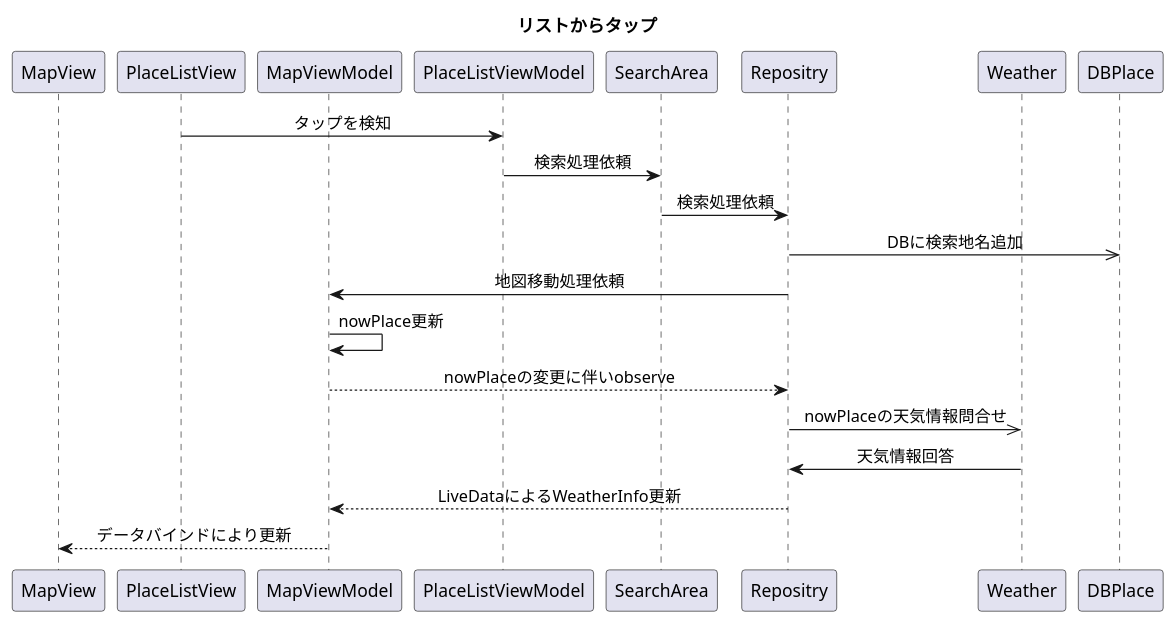
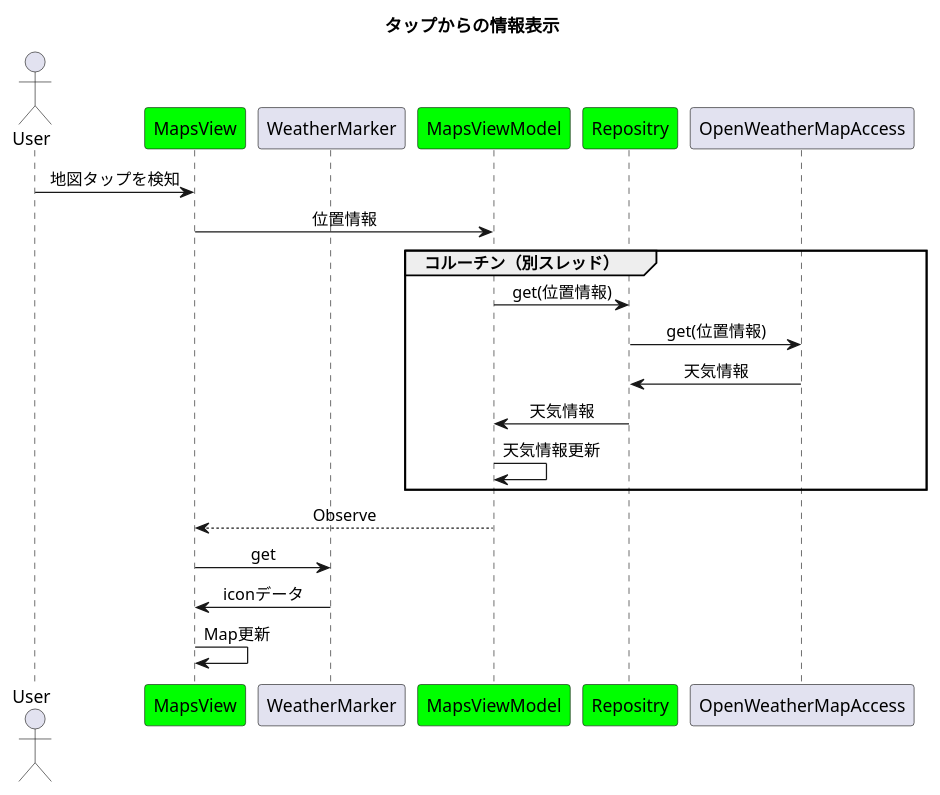
Before and after one commit to takudosato/appDocuments202008: the first of 2 diagrams in SequenceDiagram.pu, drawn with PlantUML. The commit also changed other lines of this file and 5 other files, not shown here.

```diff
--- a/SequenceDiagram.pu
+++ b/SequenceDiagram.pu
@@ -1,28 +1,28 @@
-@startuml listtap
+@startuml dispWeatherInfo
 
-title: リストからタップ
+title: タップからの情報表示
 
-participant MapView order 10
-participant PlaceListView order 20
-participant MapViewModel order 30
-participant PlaceListViewModel order 40
-participant SearchArea order 50
-participant Repositry order 60
-participant Weather order 70
-participant DBPlace order 80
+Actor "User" as USER
+participant MapsView order 10 #00FF00
+participant WeatherMarker order 20
+participant MapsViewModel order 30 #00FF00
+participant Repositry order 40 #00FF00
+participant OpenWeatherMapAccess order 50
 
 skinparam SequenceMessageAlignment center
 
-PlaceListView -> PlaceListViewModel : タップを検知
-PlaceListViewModel -> SearchArea : 検索処理依頼
-SearchArea -> Repositry : 検索処理依頼
-Repositry ->> DBPlace : DBに検索地名追加
-Repositry -> MapViewModel : 地図移動処理依頼
-MapViewModel -> MapViewModel : nowPlace更新
-MapViewModel --> Repositry : nowPlaceの変更に伴いobserve
-Repositry ->> Weather : nowPlaceの天気情報問合せ
-Weather -> Repositry : 天気情報回答
-Repositry --> MapViewModel : LiveDataによるWeatherInfo更新
-MapViewModel --> MapView : データバインドにより更新
+USER -> MapsView : 地図タップを検知
+MapsView -> MapsViewModel : 位置情報
+group コルーチン（別スレッド）
+MapsViewModel -> Repositry : get(位置情報)
+Repositry -> OpenWeatherMapAccess : get(位置情報)
+OpenWeatherMapAccess -> Repositry : 天気情報
+Repositry -> MapsViewModel : 天気情報
+MapsViewModel -> MapsViewModel : 天気情報更新
+end
+MapsViewModel --> MapsView : Observe
+MapsView -> WeatherMarker : get
+WeatherMarker -> MapsView : iconデータ
+MapsView -> MapsView : Map更新
 
 @enduml
```
